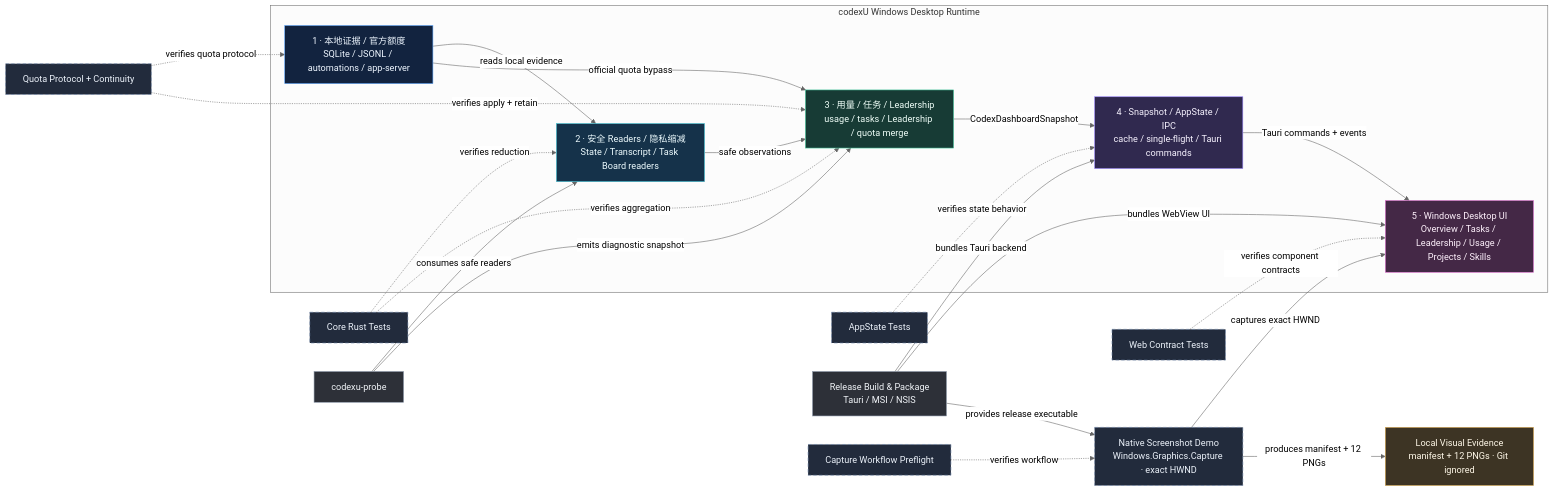
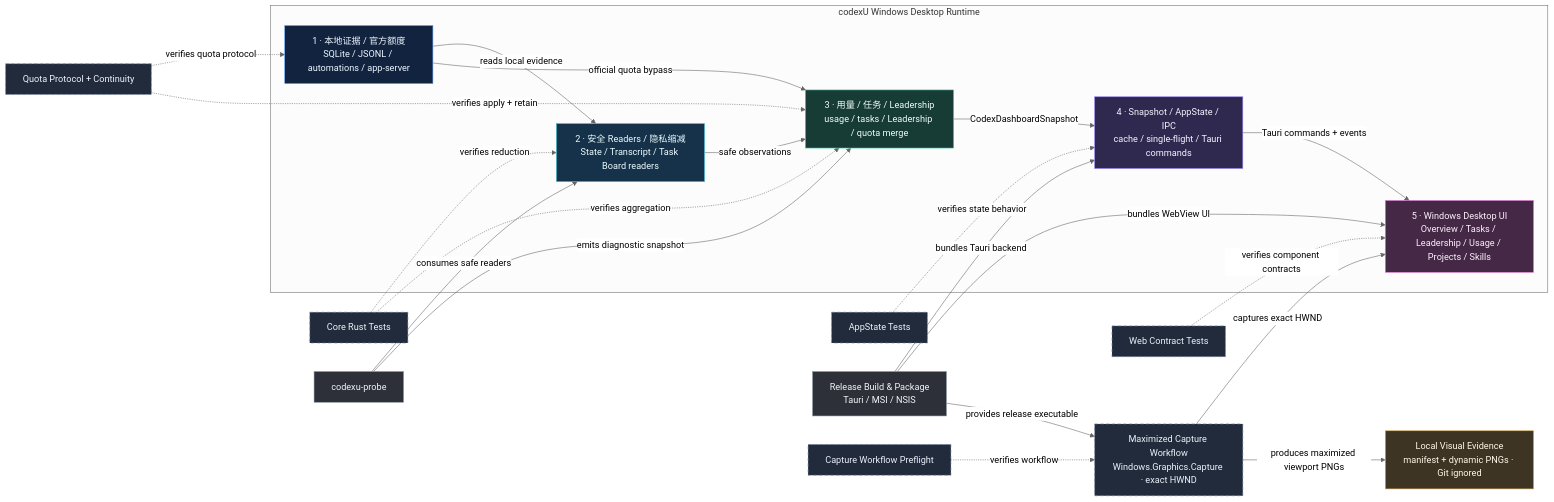
The diagram in docs/windows-port/blueprint/diagram.mmd (BLACKIELF/codex-account-manager-next), drawn with Mermaid (neutral theme) before and after one commit. The commit also changed 4 other files, not shown here.

Commit message:
docs(windows): make maximized capture the active contract

```diff
--- a/docs/windows-port/blueprint/diagram.mmd
+++ b/docs/windows-port/blueprint/diagram.mmd
@@ -1,51 +1,51 @@
 %% source of truth: docs/windows-port/blueprint/schema.yaml
 %% GitHub / Obsidian fallback. The rendered SVG is the maintenance view.
 flowchart LR
     subgraph Runtime["codexU Windows Desktop Runtime"]
         Evidence["1 · 本地证据 / 官方额度<br/>SQLite / JSONL / automations / app-server"]:::source
         Readers["2 · 安全 Readers / 隐私缩减<br/>State / Transcript / Task Board readers"]:::reader
         Aggregate["3 · 用量 / 任务 / Leadership<br/>usage / tasks / Leadership / quota merge"]:::aggregate
         State["4 · Snapshot / AppState / IPC<br/>cache / single-flight / Tauri commands"]:::contract
         UI["5 · Windows Desktop UI<br/>Overview / Tasks / Leadership / Usage / Projects / Skills"]:::ui
 
         Evidence -->|"reads local evidence"| Readers
         Readers -->|"safe observations"| Aggregate
         Evidence -->|"official quota bypass"| Aggregate
         Aggregate -->|"CodexDashboardSnapshot"| State
         State -->|"Tauri commands + events"| UI
     end
 
     QuotaTests["Quota Protocol + Continuity"]:::validation
     CoreTests["Core Rust Tests"]:::validation
     StateTests["AppState Tests"]:::validation
     WebTests["Web Contract Tests"]:::validation
     Probe["codexu-probe"]:::operations
     Build["Release Build & Package<br/>Tauri / MSI / NSIS"]:::operations
-    Capture["Native Screenshot Demo<br/>Windows.Graphics.Capture · exact HWND"]:::validation
+    Capture["Maximized Capture Workflow<br/>Windows.Graphics.Capture · exact HWND"]:::validation
     Preflight["Capture Workflow Preflight"]:::validation
-    VisualEvidence["Local Visual Evidence<br/>manifest + 12 PNGs · Git ignored"]:::evidence
+    VisualEvidence["Local Visual Evidence<br/>manifest + dynamic PNGs · Git ignored"]:::evidence
 
     QuotaTests -. "verifies quota protocol" .-> Evidence
     QuotaTests -. "verifies apply + retain" .-> Aggregate
     CoreTests -. "verifies reduction" .-> Readers
     CoreTests -. "verifies aggregation" .-> Aggregate
     StateTests -. "verifies state behavior" .-> State
     WebTests -. "verifies component contracts" .-> UI
 
     Probe -->|"consumes safe readers"| Readers
     Probe -->|"emits diagnostic snapshot"| Aggregate
     Build -->|"bundles Tauri backend"| State
     Build -->|"bundles WebView UI"| UI
     Build -->|"provides release executable"| Capture
     Preflight -. "verifies workflow" .-> Capture
     Capture -->|"captures exact HWND"| UI
-    Capture -->|"produces manifest + 12 PNGs"| VisualEvidence
+    Capture -->|"produces maximized viewport PNGs"| VisualEvidence
 
     classDef source fill:#12233f,stroke:#5fa8ff,color:#eef6ff
     classDef reader fill:#15324a,stroke:#45c8d8,color:#eefcff
     classDef aggregate fill:#173b35,stroke:#4ed0a5,color:#f0fff9
     classDef contract fill:#30294f,stroke:#9b87ff,color:#f7f3ff
     classDef ui fill:#442846,stroke:#e477d5,color:#fff2fd
     classDef validation fill:#222b3c,stroke:#6f86a8,color:#edf3fb,stroke-dasharray:6 4
     classDef operations fill:#2d3038,stroke:#8d98aa,color:#f1f4f8
     classDef evidence fill:#3d3424,stroke:#d8a74d,color:#fff8e8
```
